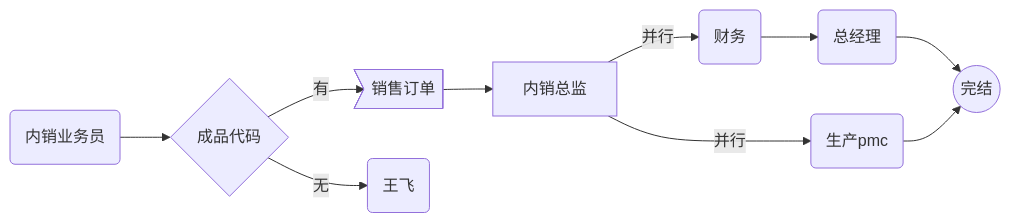
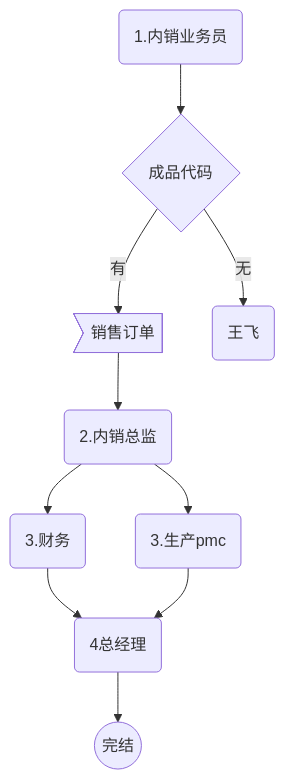
The second of 2 diagrams in src/erp/订单-评审流程流程梳理.md (jack2nb/Files), drawn with Mermaid before and after one commit. The commit also changed other lines of this file and 3 other files, not shown here.

````diff
--- a/src/erp/订单-评审流程流程梳理.md
+++ b/src/erp/订单-评审流程流程梳理.md
@@ -32,21 +44,22 @@
 ```mermaid
-graph LR;
+graph TB;
 
-sell(内销业务员)
-pmc(生产pmc)
-acc(财务)
-ceo(总经理)
+sell(1.内销业务员)
+pmc(3.生产pmc)
+acc(3.财务)
+ceo(4总经理)
 e((完结))
 code{成品代码}
 bill>销售订单]
 bom(王飞)
+sellm(2.内销总监)
 sell -->code --有-->bill
 code --无-->bom
-bill -->内销总监
-内销总监--并行--> pmc ;
-内销总监 --并行-->  acc  --> ceo;
+bill -->sellm
+sellm--> pmc ;
+sellm -->  acc  --> ceo;
 ceo -->e;
-pmc -->e;
+pmc -->ceo;
 
  
 ```
````
